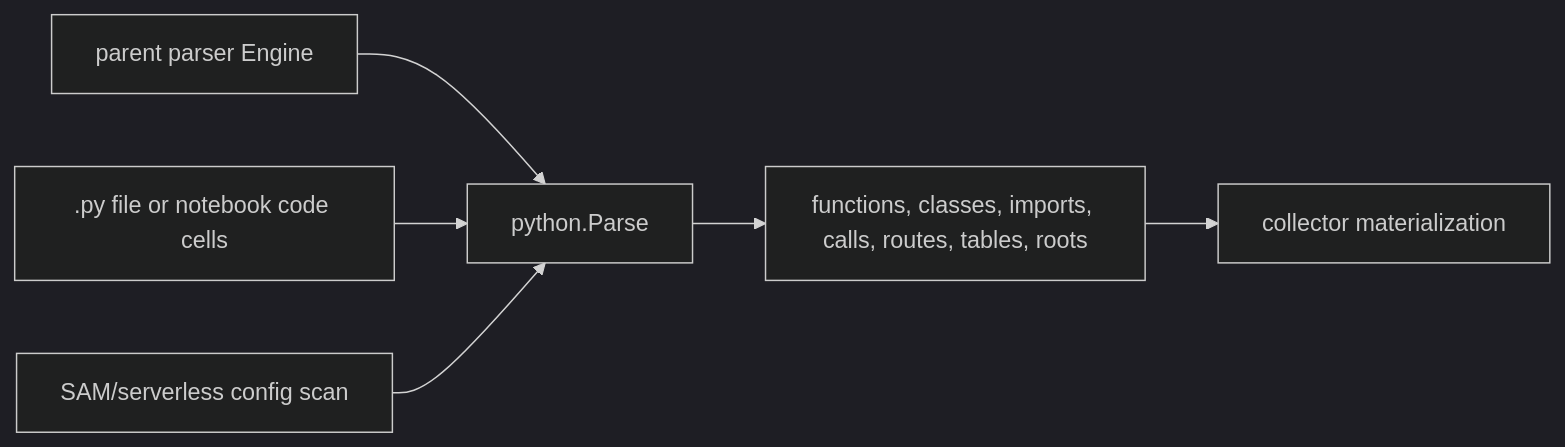
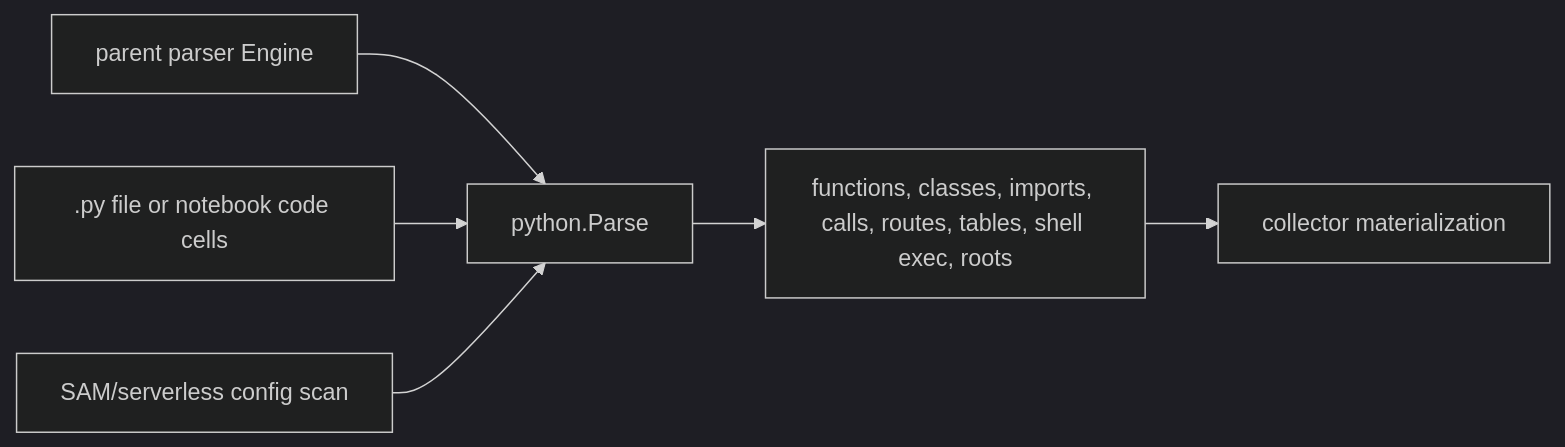
One commit to eshu-hq/eshu changed the diagram in go/internal/parser/python/README.md. Above: the diagram before and after it, drawn with Mermaid (dark theme). The commit also changed other lines of this file and 50 other files, not shown here.

Commit message:
Materialize shell exec sink graph facts

````diff
--- a/go/internal/parser/python/README.md
+++ b/go/internal/parser/python/README.md
@@ -12,15 +13,15 @@
 ```mermaid
 flowchart LR
     Parent["parent parser Engine"]
     Source[".py file or notebook code cells"]
     Config["SAM/serverless config scan"]
     Parse["python.Parse"]
-    Payload["functions, classes, imports, calls, routes, tables, roots"]
+    Payload["functions, classes, imports, calls, routes, tables, shell exec, roots"]
     Collector["collector materialization"]
 
     Parent --> Parse
     Source --> Parse
     Config --> Parse
     Parse --> Payload
     Payload --> Collector
 ```
````
